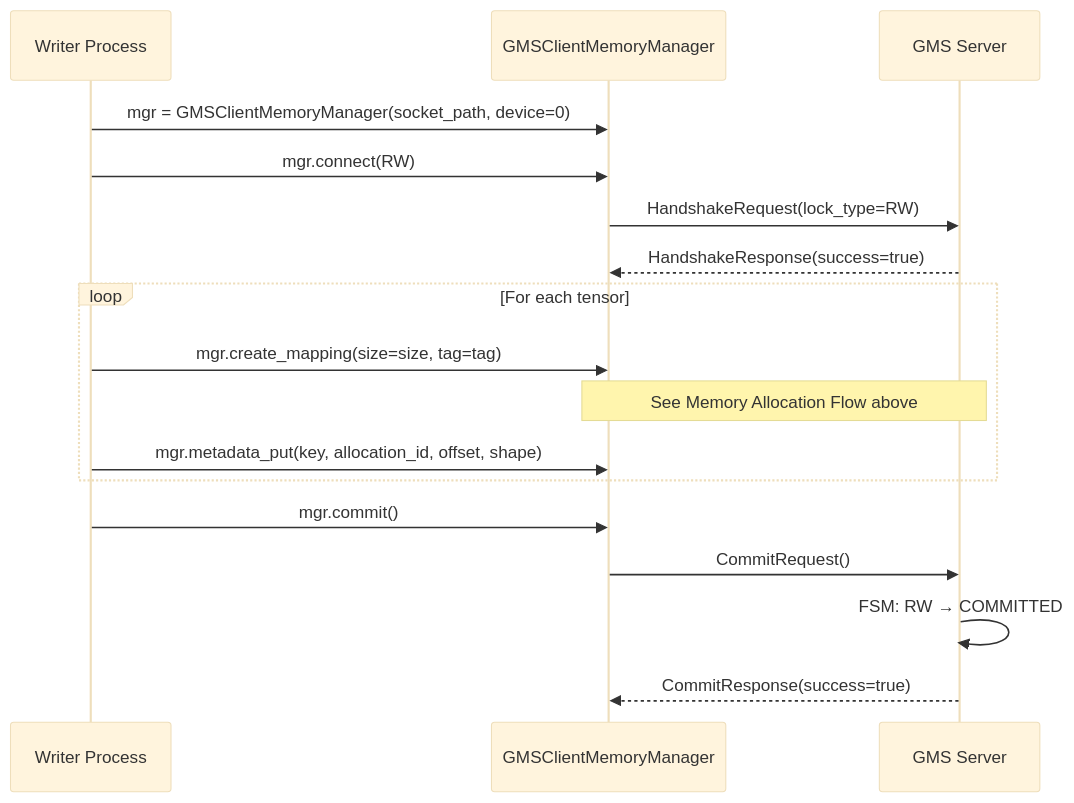
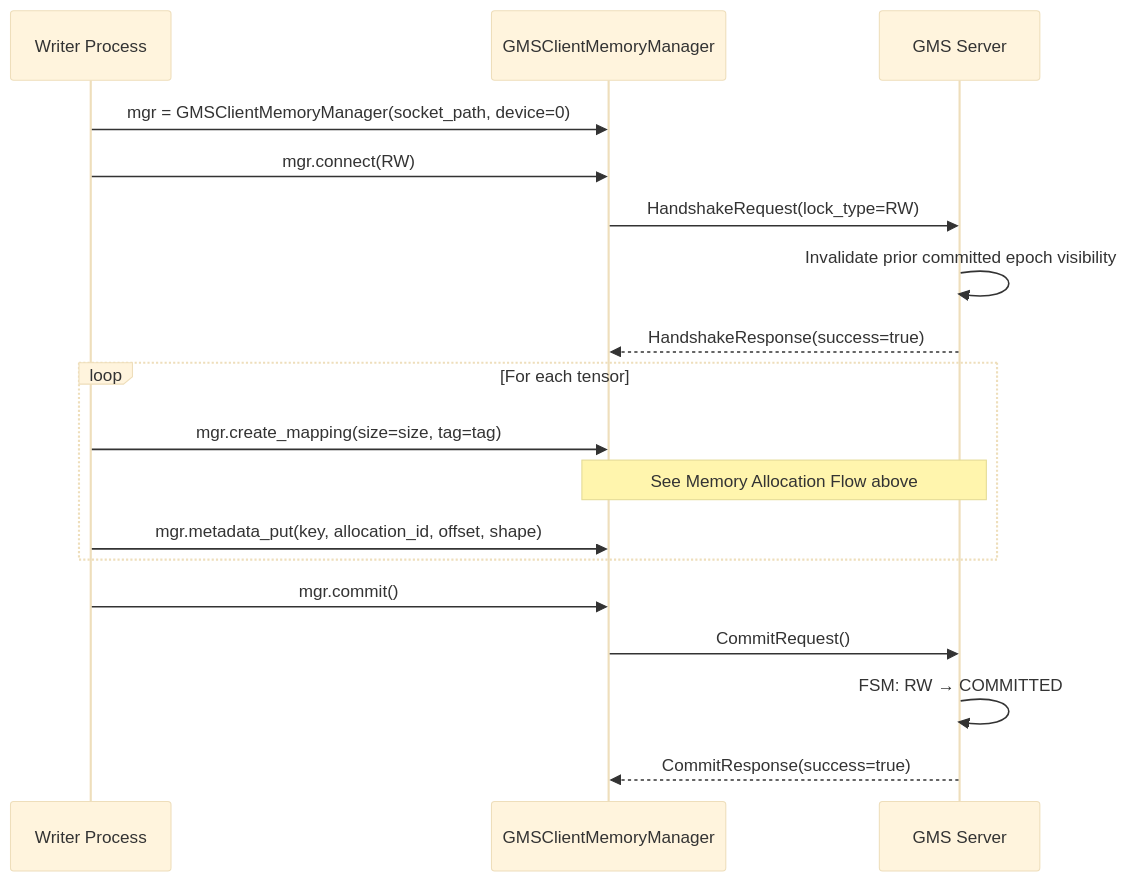
Before and after one commit to ai-dynamo/dynamo: the third of 6 diagrams in lib/gpu_memory_service/README.md, drawn with Mermaid (base theme). The commit also changed other lines of this file and 7 other files, not shown here.

````diff
--- a/lib/gpu_memory_service/README.md
+++ b/lib/gpu_memory_service/README.md
@@ -186,22 +198,23 @@
 ```mermaid
 sequenceDiagram
     participant W as Writer Process
     participant C as GMSClientMemoryManager
     participant S as GMS Server
 
     W->>C: mgr = GMSClientMemoryManager(socket_path, device=0)
     W->>C: mgr.connect(RW)
     C->>S: HandshakeRequest(lock_type=RW)
+    S->>S: Invalidate prior committed epoch visibility
     S-->>C: HandshakeResponse(success=true)
 
     loop For each tensor
         W->>C: mgr.create_mapping(size=size, tag=tag)
         Note over C,S: See Memory Allocation Flow above
         W->>C: mgr.metadata_put(key, allocation_id, offset, shape)
     end
 
     W->>C: mgr.commit()
     C->>S: CommitRequest()
     S->>S: FSM: RW → COMMITTED
     S-->>C: CommitResponse(success=true)
 ```
````
